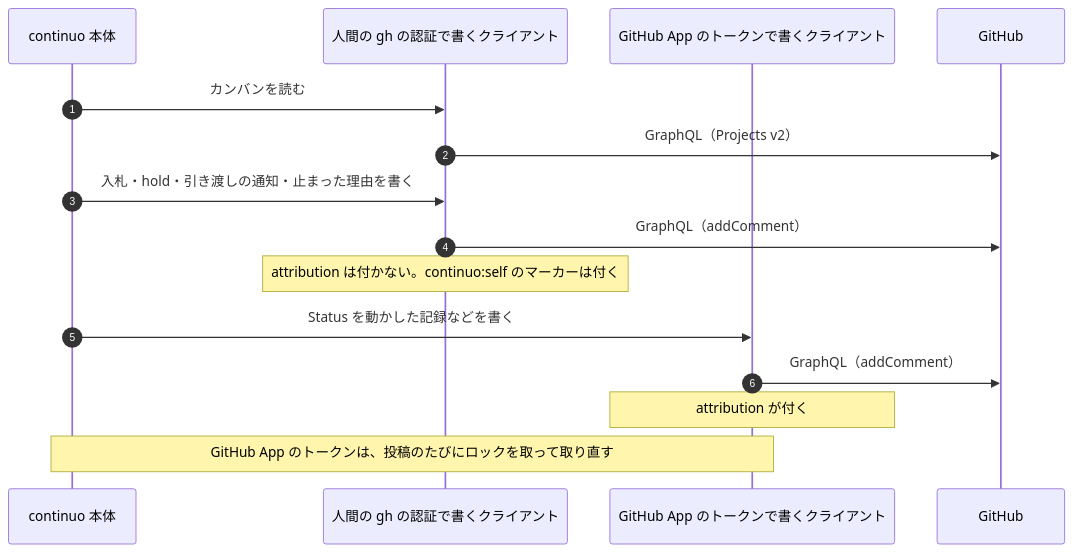
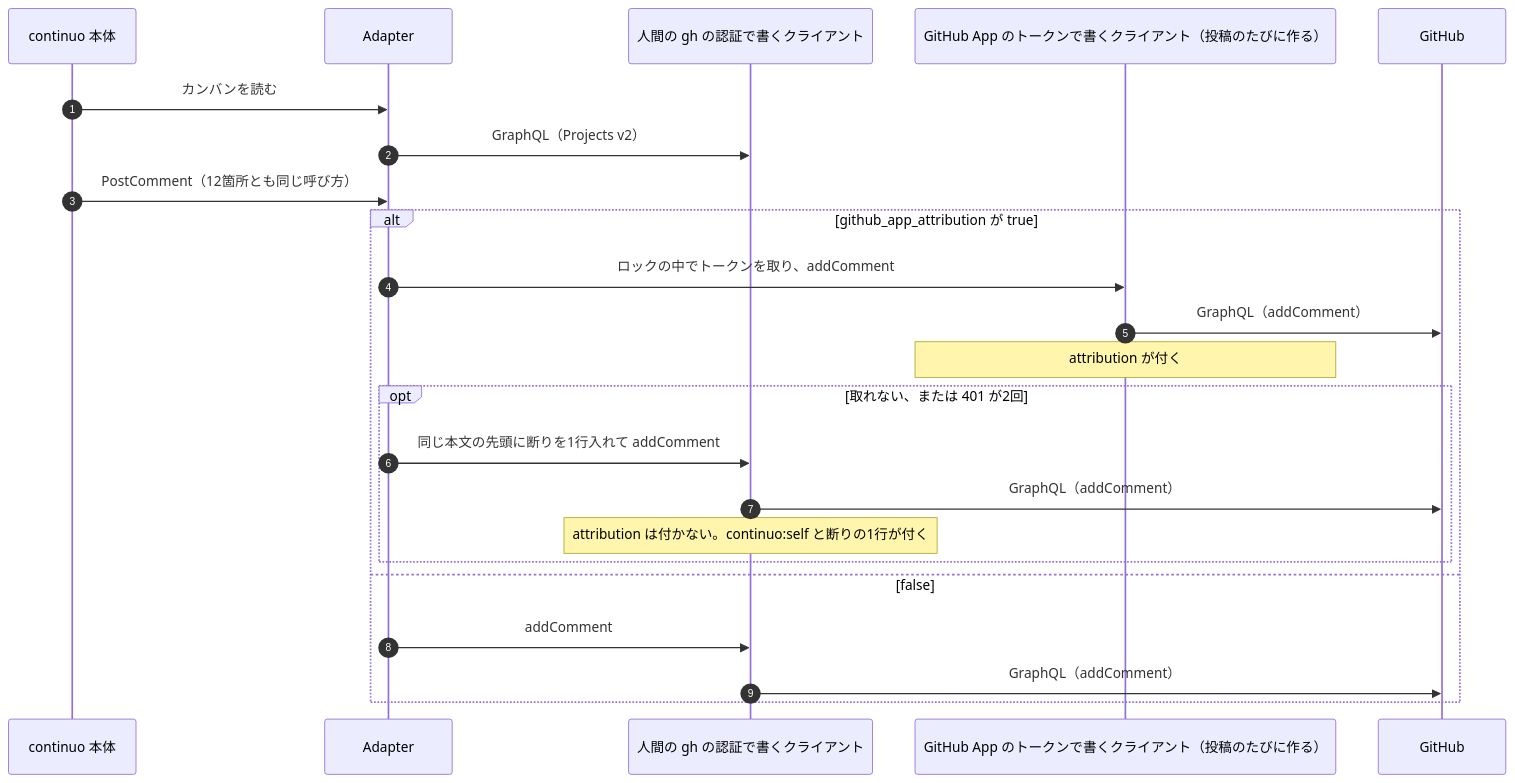
Diagram 11 of 13 in docs/plans/impl/issue245_github_app_attribution.md (maimuzo/continuo), drawn with Mermaid before and after one commit. The commit also changed other lines of this file, not shown here.

First line of the commit message:
3周目のあとの突き合わせを設計へ反映する 本体の12箇所を全部 GitHub App で書き、取れなければ人間の認証で書き直す

````diff
--- a/docs/plans/impl/issue245_github_app_attribution.md
+++ b/docs/plans/impl/issue245_github_app_attribution.md
@@ -1241,17 +1200,25 @@
 ```mermaid
 sequenceDiagram
     autonumber
     participant O as continuo 本体
+    participant A as Adapter
     participant T1 as 人間の gh の認証で書くクライアント
-    participant T2 as GitHub App のトークンで書くクライアント
+    participant T2 as GitHub App のトークンで書くクライアント（投稿のたびに作る）
     participant GH as GitHub
-    O->>T1: カンバンを読む
-    T1->>GH: GraphQL（Projects v2）
-    O->>T1: 入札・hold・引き渡しの通知・止まった理由を書く
-    T1->>GH: GraphQL（addComment）
-    Note over T1: attribution は付かない。continuo:self のマーカーは付く
-    O->>T2: Status を動かした記録などを書く
-    T2->>GH: GraphQL（addComment）
-    Note over T2: attribution が付く
-    Note over O,T2: GitHub App のトークンは、投稿のたびにロックを取って取り直す
+    O->>A: カンバンを読む
+    A->>T1: GraphQL（Projects v2）
+    O->>A: PostComment（12箇所とも同じ呼び方）
+    alt github_app_attribution が true
+        A->>T2: ロックの中でトークンを取り、addComment
+        T2->>GH: GraphQL（addComment）
+        Note over T2: attribution が付く
+        opt 取れない、または 401 が2回
+            A->>T1: 同じ本文の先頭に断りを1行入れて addComment
+            T1->>GH: GraphQL（addComment）
+            Note over T1: attribution は付かない。continuo:self と断りの1行が付く
+        end
+    else false
+        A->>T1: addComment
+        T1->>GH: GraphQL（addComment）
+    end
 ```
````
